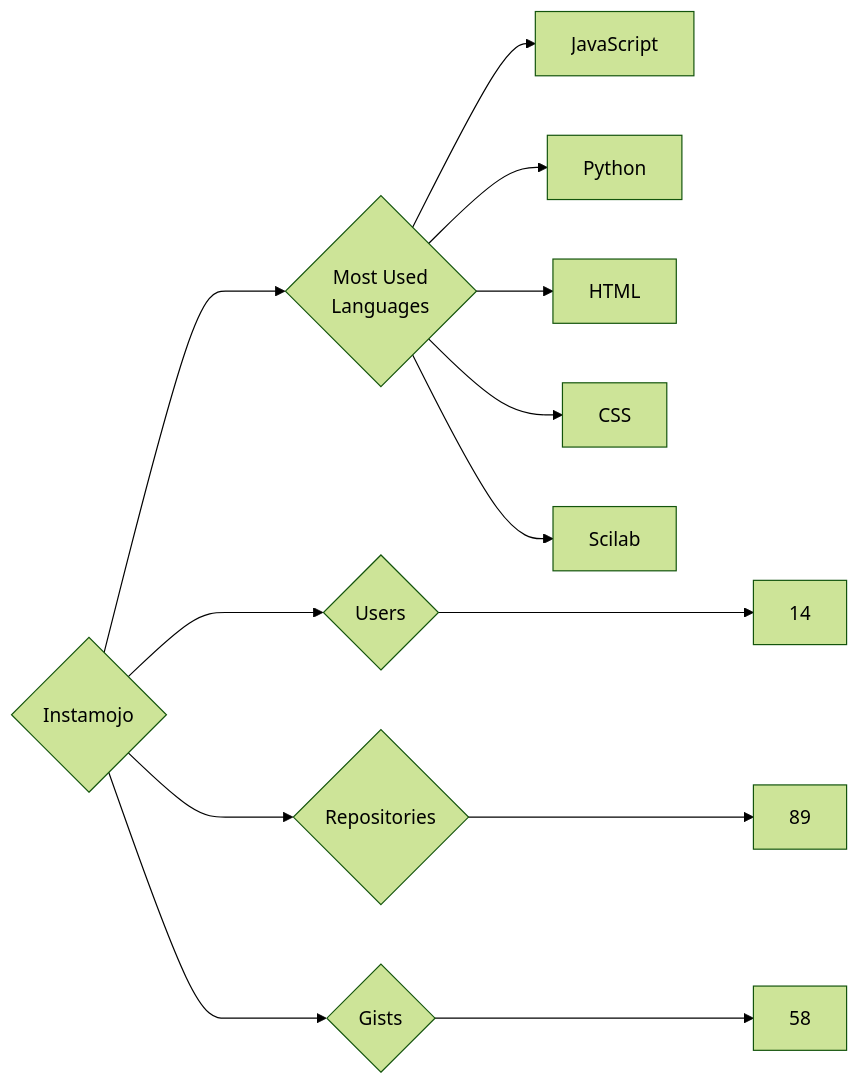
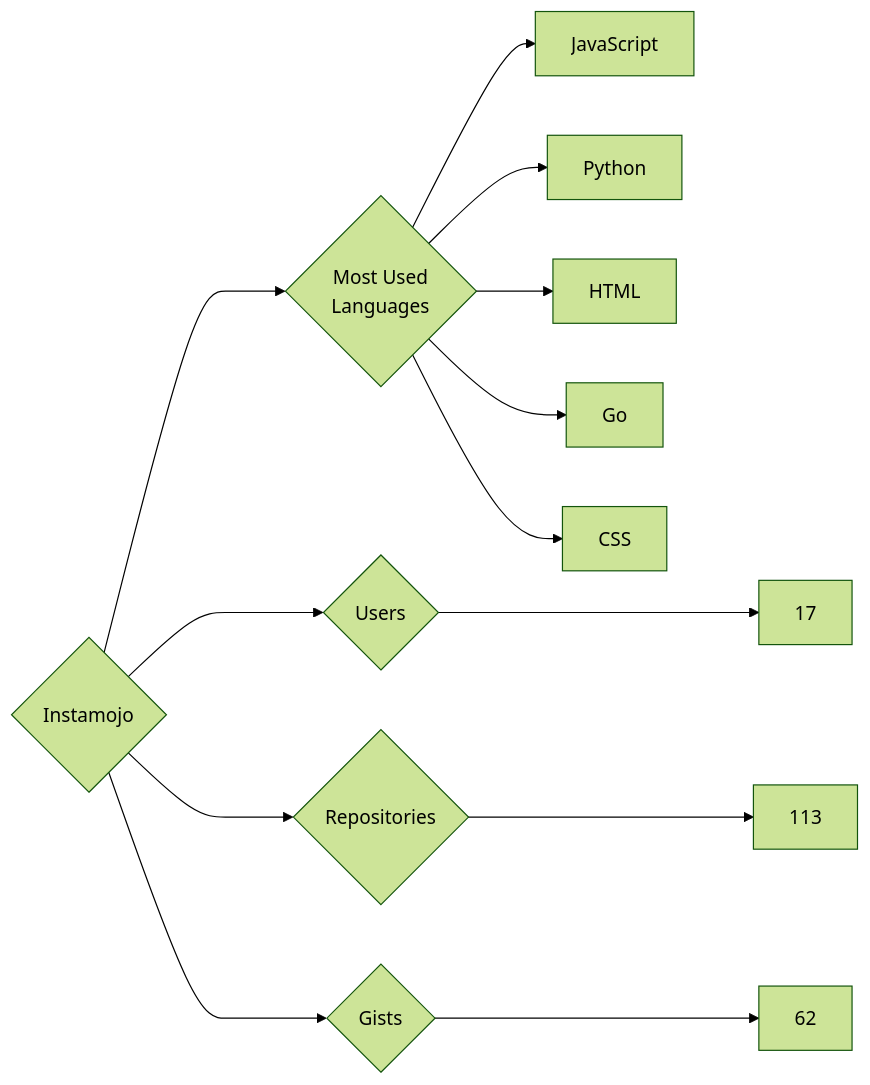
Before and after one commit to trickest/insiders: the diagram in targets/Instamojo/README.md, drawn with Mermaid (forest theme). The commit also changed 723 other files, not shown here.

````diff
--- a/targets/Instamojo/README.md
+++ b/targets/Instamojo/README.md
@@ -3,13 +3,13 @@
 ```mermaid
 graph LR
 COMPANY_NAME{Instamojo}
-COMPANY_NAME ---> U{Users} ---> UN[14]
-COMPANY_NAME ---> R{Repositories} ---> RN[89]
-COMPANY_NAME ---> G{Gists} ---> GN[58]
+COMPANY_NAME ---> U{Users} ---> UN[17]
+COMPANY_NAME ---> R{Repositories} ---> RN[113]
+COMPANY_NAME ---> G{Gists} ---> GN[62]
 COMPANY_NAME ---> ML{Most Used<br>Languages}
 ML --> JavaScript[JavaScript]
 ML --> Python[Python]
 ML --> HTML[HTML]
+ML --> Go[Go]
 ML --> CSS[CSS]
-ML --> Scilab[Scilab]
 ```
````
